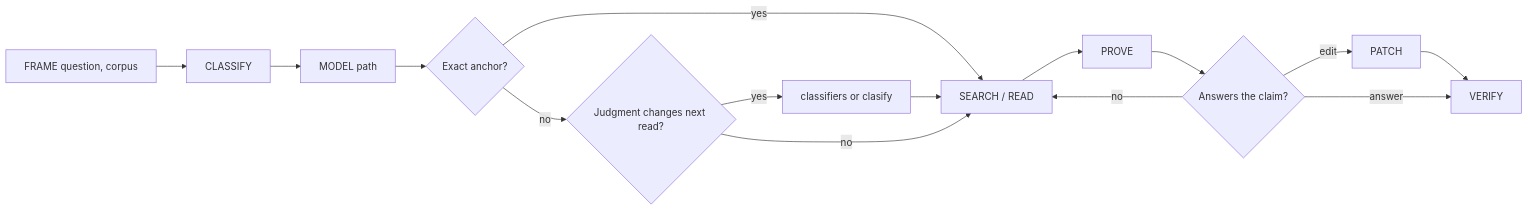
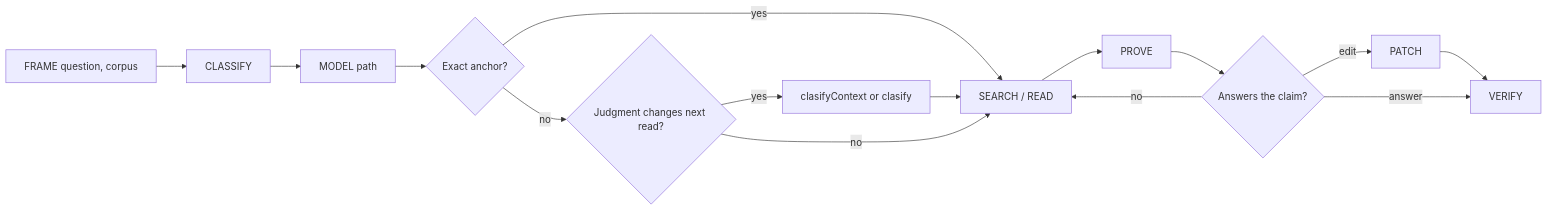
One commit to bgauryy/octocode-mcp changed the diagram in skills/octocode-research/SKILL.md. Above: the diagram before and after it, drawn with Mermaid. The commit also changed other lines of this file and 694 other files, not shown here.

````diff
--- a/skills/octocode-research/SKILL.md
+++ b/skills/octocode-research/SKILL.md
@@ -10,12 +10,12 @@
 ```mermaid
 flowchart LR
   F[FRAME question, corpus] --> C[CLASSIFY] --> M[MODEL path] --> A{Exact anchor?}
   A -- yes --> R[SEARCH / READ]
   A -- no --> S{Judgment changes next read?}
-  S -- yes --> Q[classifiers or clasify] --> R
+  S -- yes --> Q[clasifyContext or clasify] --> R
   S -- no --> R
   R --> P[PROVE] --> E{Answers the claim?}
   E -- no --> R
   E -- edit --> D[PATCH] --> V[VERIFY]
   E -- answer --> V
 ```
````
